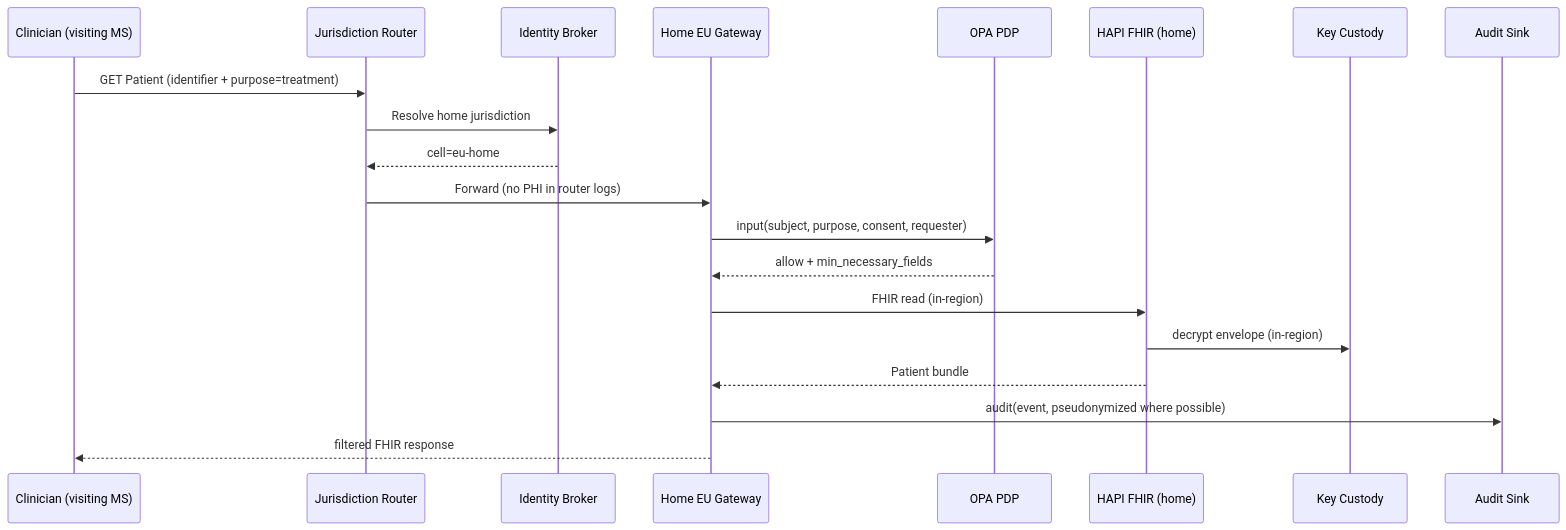
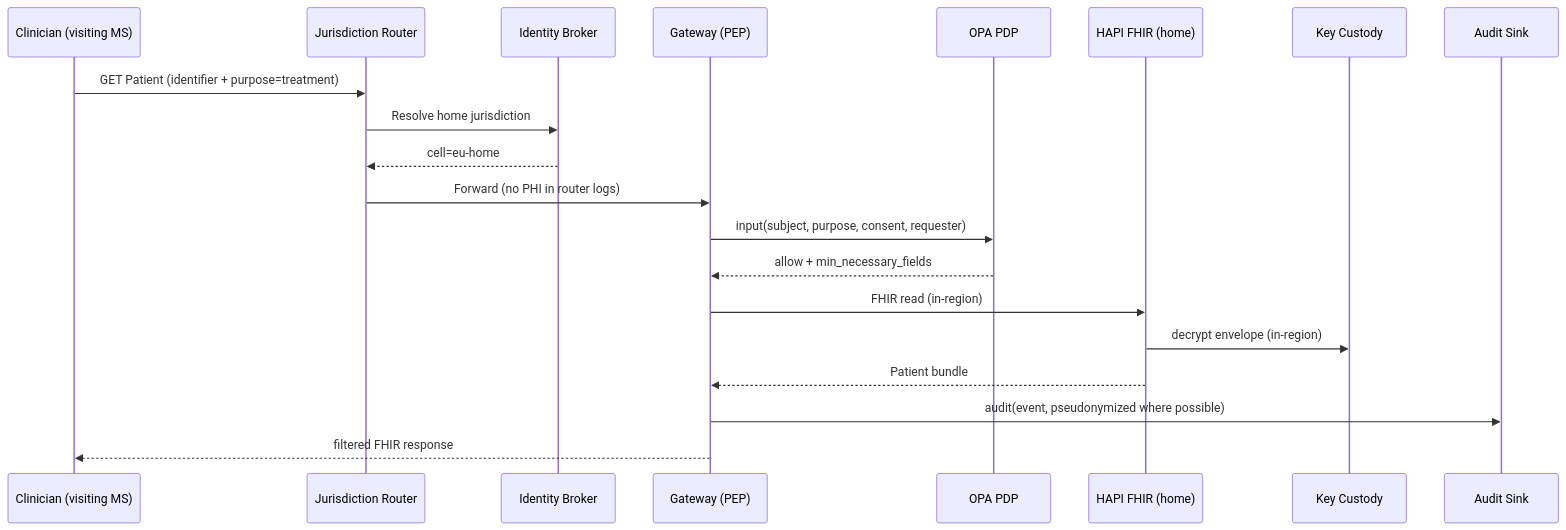
One commit to SafetyMP/Healthcare-Data-Exchange changed the first of 6 diagrams in docs/architecture/data-flows.md. Above: the diagram before and after it, drawn with Mermaid. The commit also changed other lines of this file and 9 other files, not shown here.

First line of the commit message:
docs: align README and architecture docs with portfolio audit (#18)

````diff
--- a/docs/architecture/data-flows.md
+++ b/docs/architecture/data-flows.md
@@ -14,23 +16,23 @@
 ```mermaid
 sequenceDiagram
   participant C as Clinician (visiting MS)
   participant R as Jurisdiction Router
   participant B as Identity Broker
-  participant G as Home EU Gateway
+  participant G as Gateway (PEP)
   participant O as OPA PDP
   participant F as HAPI FHIR (home)
   participant K as Key Custody
   participant A as Audit Sink
 
   C->>R: GET Patient (identifier + purpose=treatment)
   R->>B: Resolve home jurisdiction
   B-->>R: cell=eu-home
   R->>G: Forward (no PHI in router logs)
   G->>O: input(subject, purpose, consent, requester)
   O-->>G: allow + min_necessary_fields
   G->>F: FHIR read (in-region)
   F->>K: decrypt envelope (in-region)
   F-->>G: Patient bundle
   G->>A: audit(event, pseudonymized where possible)
   G-->>C: filtered FHIR response
 ```
````
